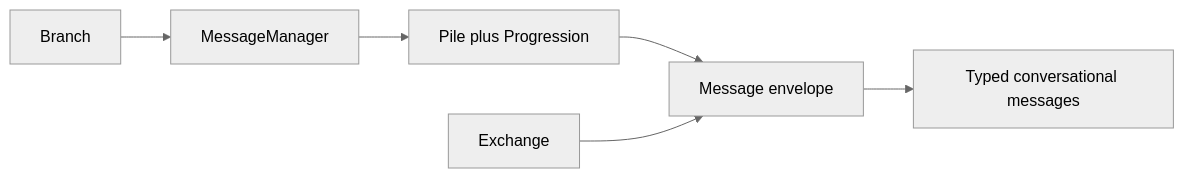
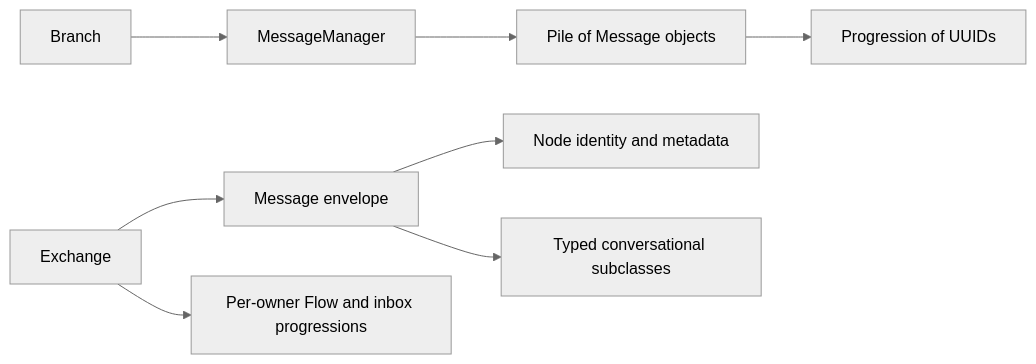
One commit to ohdearquant/lionagi changed the diagram in docs/adr/ADR-0006-conversational-message-envelope-and-ordered-history.md. Above: the diagram before and after it, drawn with Mermaid (neutral theme). The commit also changed other lines of this file and 11 other files, not shown here.

````diff
--- a/docs/adr/ADR-0006-conversational-message-envelope-and-ordered-history.md
+++ b/docs/adr/ADR-0006-conversational-message-envelope-and-ordered-history.md
@@ -64,8 +453,10 @@
 ```mermaid
 flowchart LR
     B[Branch] --> MM[MessageManager]
-    MM --> P[Pile plus Progression]
-    P --> M[Message envelope]
-    M --> T[Typed conversational messages]
+    MM --> P[Pile of Message objects]
+    P --> PR[Progression of UUIDs]
+    M[Message envelope] --> N[Node identity and metadata]
+    M --> T[Typed conversational subclasses]
     E[Exchange] --> M
+    E --> F[Per-owner Flow and inbox progressions]
 ```
````
